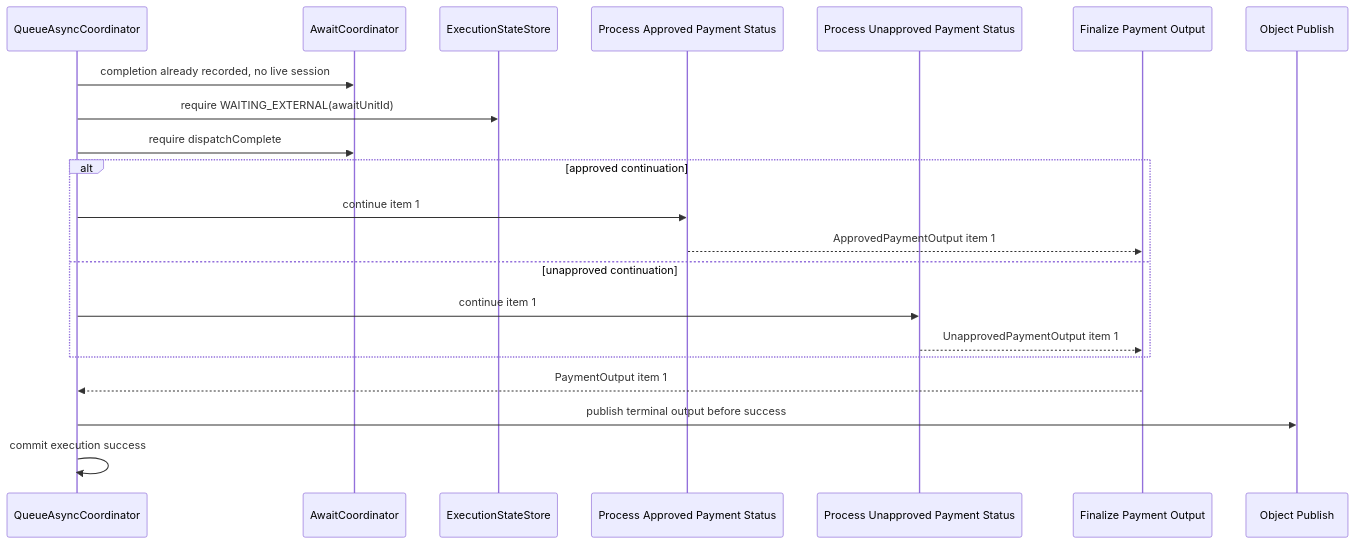
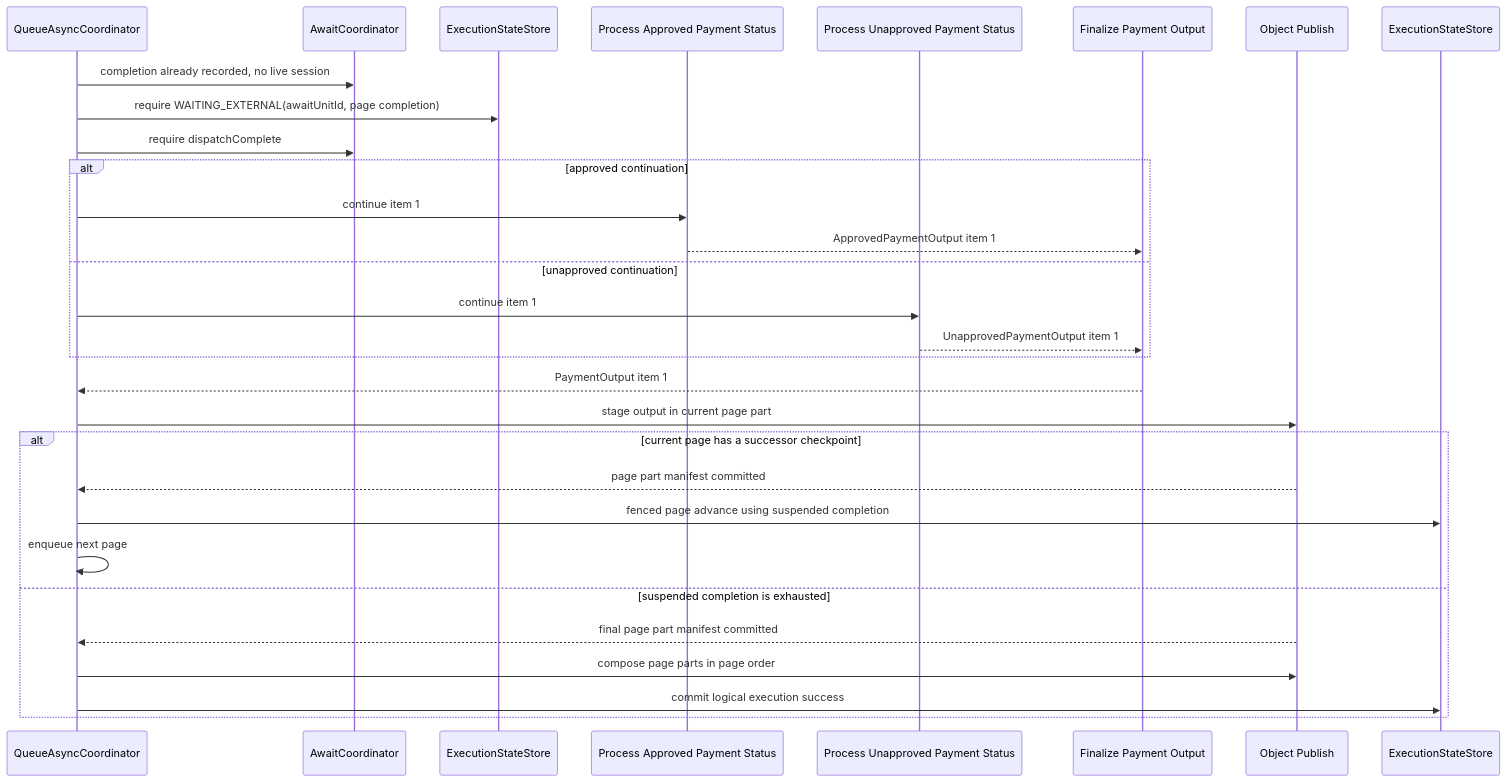
The fifth of 10 diagrams in docs/evolve/await-unit-runtime/sequences.md (The-Pipeline-Framework/pipelineframework), drawn with Mermaid before and after one commit. The commit also changed other lines of this file and 8 other files, not shown here.

````diff
--- a/docs/evolve/await-unit-runtime/sequences.md
+++ b/docs/evolve/await-unit-runtime/sequences.md
@@ -167,24 +182,33 @@
 ```mermaid
 sequenceDiagram
     participant Queue as QueueAsyncCoordinator
     participant AwaitCoord as AwaitCoordinator
     participant ExecStore as ExecutionStateStore
     participant Approved as Process Approved Payment Status
     participant Unapproved as Process Unapproved Payment Status
     participant Finalize as Finalize Payment Output
     participant Publish as Object Publish
+    participant State as ExecutionStateStore
 
     Queue->>AwaitCoord: completion already recorded, no live session
-    Queue->>ExecStore: require WAITING_EXTERNAL(awaitUnitId)
+    Queue->>ExecStore: require WAITING_EXTERNAL(awaitUnitId, page completion)
     Queue->>AwaitCoord: require dispatchComplete
     alt approved continuation
         Queue->>Approved: continue item 1
         Approved-->>Finalize: ApprovedPaymentOutput item 1
     else unapproved continuation
         Queue->>Unapproved: continue item 1
         Unapproved-->>Finalize: UnapprovedPaymentOutput item 1
     end
     Finalize-->>Queue: PaymentOutput item 1
-    Queue->>Publish: publish terminal output before success
-    Queue->>Queue: commit execution success
+    Queue->>Publish: stage output in current page part
+    alt current page has a successor checkpoint
+        Publish-->>Queue: page part manifest committed
+        Queue->>State: fenced page advance using suspended completion
+        Queue->>Queue: enqueue next page
+    else suspended completion is exhausted
+        Publish-->>Queue: final page part manifest committed
+        Queue->>Publish: compose page parts in page order
+        Queue->>State: commit logical execution success
+    end
 ```
````
